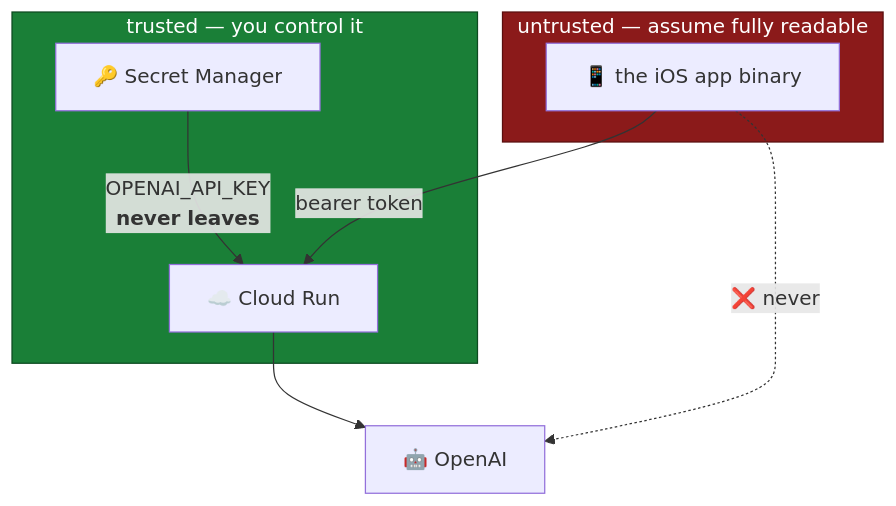
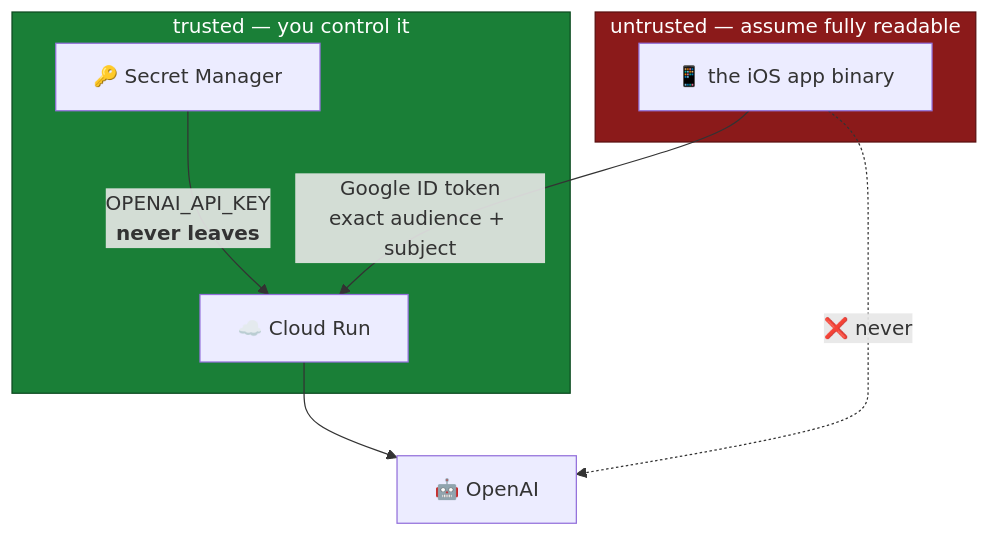
The fourth of 4 diagrams in docs/architecture/1_INGEST_ARCHITECTURE.md (FrankLong1/watch-recorder), drawn with Mermaid before and after one commit. The commit also changed other lines of this file and 71 other files, not shown here.

````diff
--- a/docs/architecture/1_INGEST_ARCHITECTURE.md
+++ b/docs/architecture/1_INGEST_ARCHITECTURE.md
@@ -126,18 +137,18 @@
 ```mermaid
 flowchart TD
     subgraph U["untrusted — assume fully readable"]
         APP["📱 the iOS app binary"]
     end
     subgraph T["trusted — you control it"]
         CR["☁️ Cloud Run"]
         SM["🔑 Secret Manager"]
     end
 
-    APP -->|"bearer token"| CR
+    APP -->|"Google ID token<br/>exact audience + subject"| CR
     SM -->|"OPENAI_API_KEY<br/><b>never leaves</b>"| CR
     CR --> AI["🤖 OpenAI"]
     APP -.->|"❌ never"| AI
 
     style U fill:#8b1a1a,stroke:#5a0f0f,color:#fff
     style T fill:#1a7f37,stroke:#0d4a20,color:#fff
 ```
````
